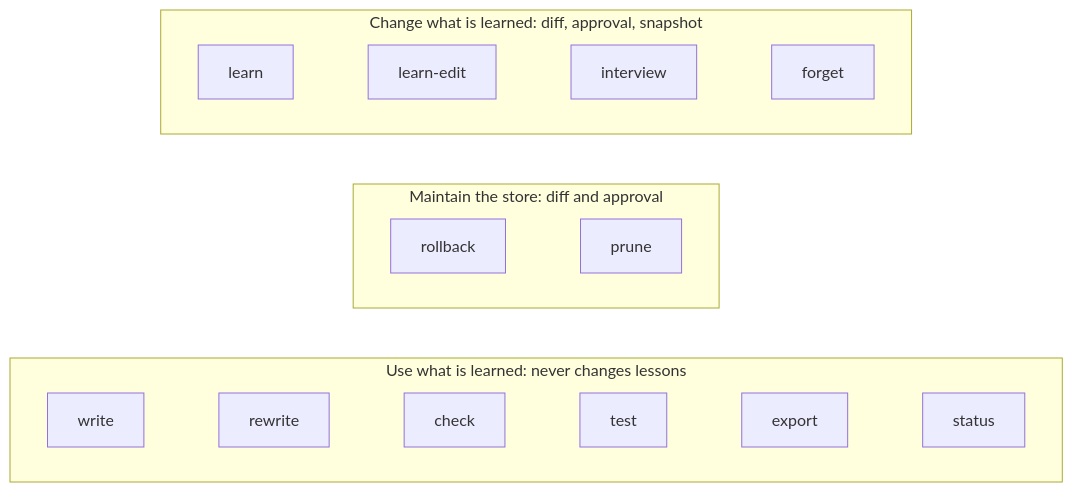
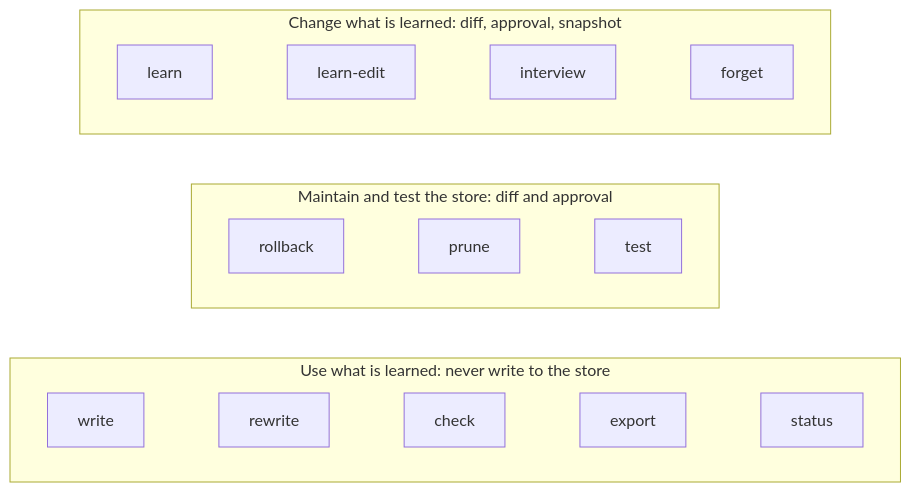
One commit to JeffWouters/Claude-Skill-Idiolect changed the diagram in docs/idiolect-design-diagram-sources/02-modes.mmd. Above: the diagram before and after it, drawn with Mermaid. The commit also changed 4 other files, not shown here.

```diff
--- a/docs/idiolect-design-diagram-sources/02-modes.mmd
+++ b/docs/idiolect-design-diagram-sources/02-modes.mmd
@@ -1,14 +1,14 @@
 flowchart TB
     subgraph LEARN["Change what is learned: diff, approval, snapshot"]
         direction LR
         L1["learn"] ~~~ L2["learn-edit"] ~~~ L3["interview"] ~~~ L4["forget"]
     end
-    subgraph KEEP["Maintain the store: diff and approval"]
+    subgraph KEEP["Maintain and test the store: diff and approval"]
         direction LR
-        K1["rollback"] ~~~ K2["prune"]
+        K1["rollback"] ~~~ K2["prune"] ~~~ K3["test"]
     end
-    subgraph USE["Use what is learned: never changes lessons"]
+    subgraph USE["Use what is learned: never write to the store"]
         direction LR
-        U1["write"] ~~~ U2["rewrite"] ~~~ U3["check"] ~~~ U4["test"] ~~~ U5["export"] ~~~ U6["status"]
+        U1["write"] ~~~ U2["rewrite"] ~~~ U3["check"] ~~~ U5["export"] ~~~ U6["status"]
     end
     LEARN ~~~ KEEP ~~~ USE
```
